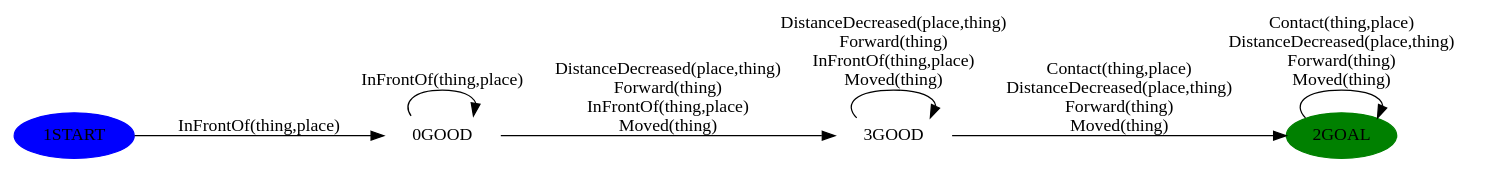
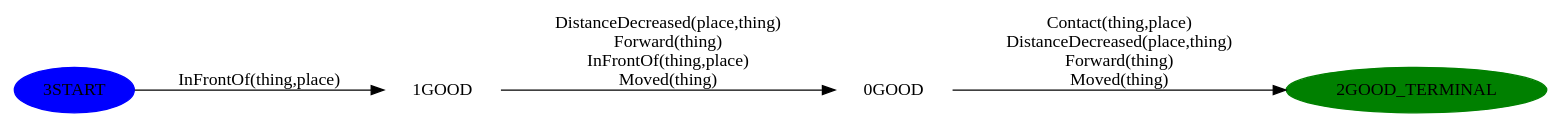
One commit to Kenkoko/ua-ros-pkg changed the diagram in arrg/ua_experimental/verb_learning/verbs/go/dfa.dot. Above: the diagram before and after it, drawn with Graphviz. The commit also changed 11 other files, not shown here.

```diff
--- a/arrg/ua_experimental/verb_learning/verbs/go/dfa.dot
+++ b/arrg/ua_experimental/verb_learning/verbs/go/dfa.dot
@@ -1,13 +1,10 @@
 digraph G { 
 	graph [ rankdir=LR ]; 
-	"1" [label="1START",style="filled",color="blue",fontcolor="black"];
-	"1" -> "0" [label="InFrontOf(thing,place)"] ;
-	"3" [label="3GOOD",style="filled",color="white",fontcolor="black"];
-	"3" -> "3" [label="DistanceDecreased(place,thing)\nForward(thing)\nInFrontOf(thing,place)\nMoved(thing)"] ;
-	"3" -> "2" [label="Contact(thing,place)\nDistanceDecreased(place,thing)\nForward(thing)\nMoved(thing)"] ;
+	"2" [label="2GOOD_TERMINAL",style="filled",color="green",fontcolor="black"];
 	"0" [label="0GOOD",style="filled",color="white",fontcolor="black"];
-	"0" -> "3" [label="DistanceDecreased(place,thing)\nForward(thing)\nInFrontOf(thing,place)\nMoved(thing)"] ;
-	"0" -> "0" [label="InFrontOf(thing,place)"] ;
-	"2" [label="2GOAL",style="filled",color="green",fontcolor="black"];
-	"2" -> "2" [label="Contact(thing,place)\nDistanceDecreased(place,thing)\nForward(thing)\nMoved(thing)"] ;
+	"0" -> "2" [label="Contact(thing,place)\nDistanceDecreased(place,thing)\nForward(thing)\nMoved(thing)"] ;
+	"1" [label="1GOOD",style="filled",color="white",fontcolor="black"];
+	"1" -> "0" [label="DistanceDecreased(place,thing)\nForward(thing)\nInFrontOf(thing,place)\nMoved(thing)"] ;
+	"3" [label="3START",style="filled",color="blue",fontcolor="black"];
+	"3" -> "1" [label="InFrontOf(thing,place)"] ;
 }
```
